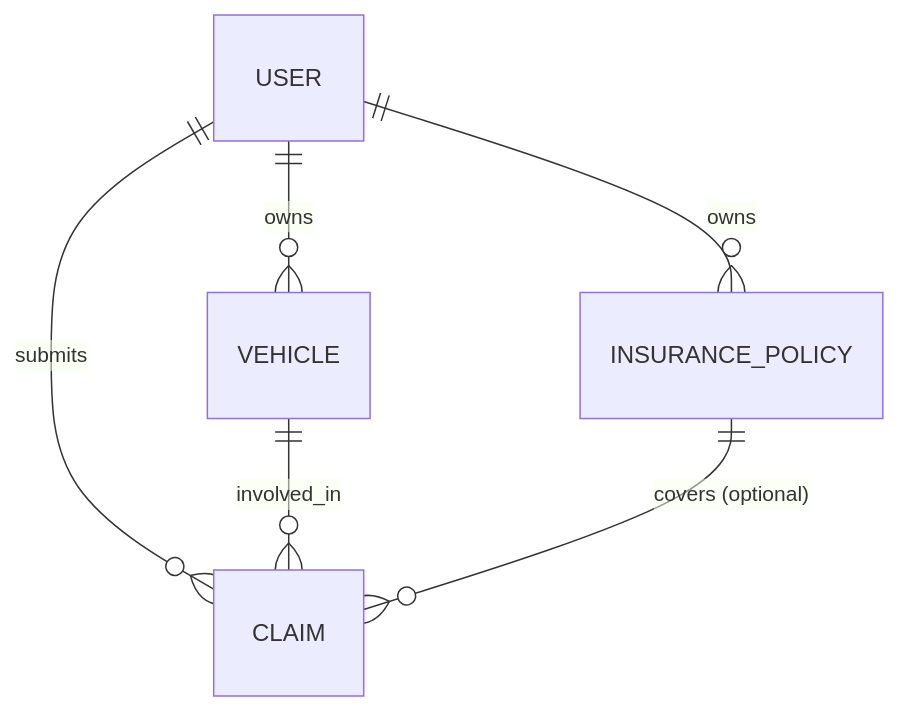
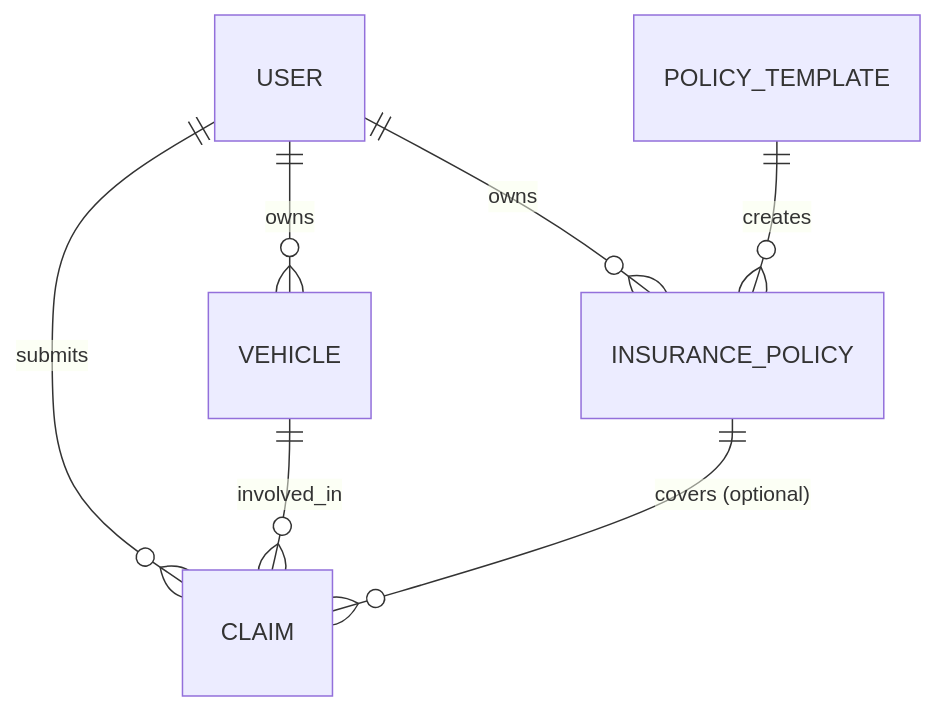
One commit to NaveenHiranya/Smart-Vehicle-Insurance-Claim-System changed the third of 5 diagrams in .qoder/repowiki/en/content/API Reference/Policies API.md. Above: the diagram before and after it, drawn with Mermaid. The commit also changed other lines of this file and 38 other files, not shown here.

````diff
--- a/.qoder/repowiki/en/content/API Reference/Policies API.md
+++ b/.qoder/repowiki/en/content/API Reference/Policies API.md
@@ -227,8 +310,9 @@
 ```mermaid
 erDiagram
 USER ||--o{ VEHICLE : "owns"
 USER ||--o{ INSURANCE_POLICY : "owns"
+POLICY_TEMPLATE ||--o{ INSURANCE_POLICY : "creates"
 USER ||--o{ CLAIM : "submits"
 VEHICLE ||--o{ CLAIM : "involved_in"
 INSURANCE_POLICY ||--o{ CLAIM : "covers (optional)"
 ```
````
